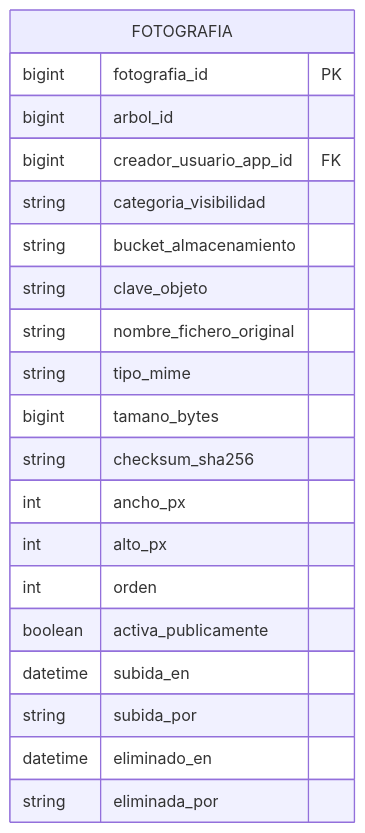
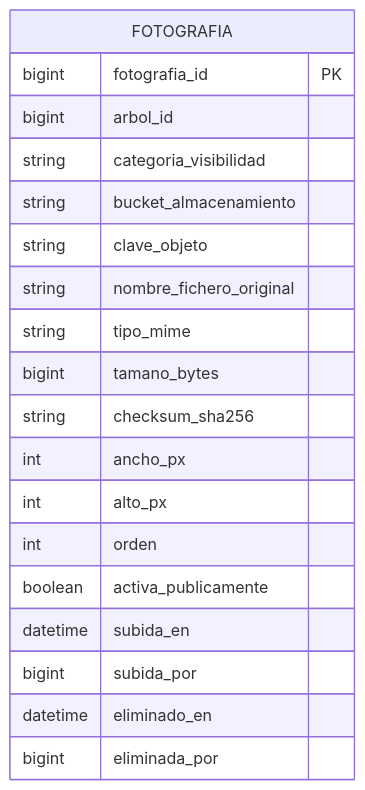
Diagram 16 of 18 in readme.md (LIDR-academy/AI4Devs-finalproject), drawn with Mermaid before and after one commit. The commit also changed other lines of this file and 319 other files, not shown here.

````diff
--- a/readme.md
+++ b/readme.md
@@ -545,24 +916,23 @@
 ```mermaid
 erDiagram
     FOTOGRAFIA {
         bigint fotografia_id PK
         bigint arbol_id
-        bigint creador_usuario_app_id FK
         string categoria_visibilidad
         string bucket_almacenamiento
         string clave_objeto
         string nombre_fichero_original
         string tipo_mime
         bigint tamano_bytes
         string checksum_sha256
         int ancho_px
         int alto_px
         int orden
         boolean activa_publicamente
         datetime subida_en
-        string subida_por
+        bigint subida_por
         datetime eliminado_en
-        string eliminada_por
+        bigint eliminada_por
     }
 
 ```
````
